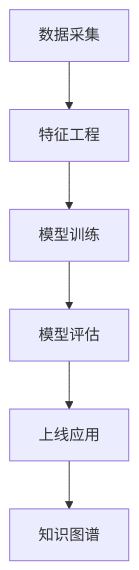
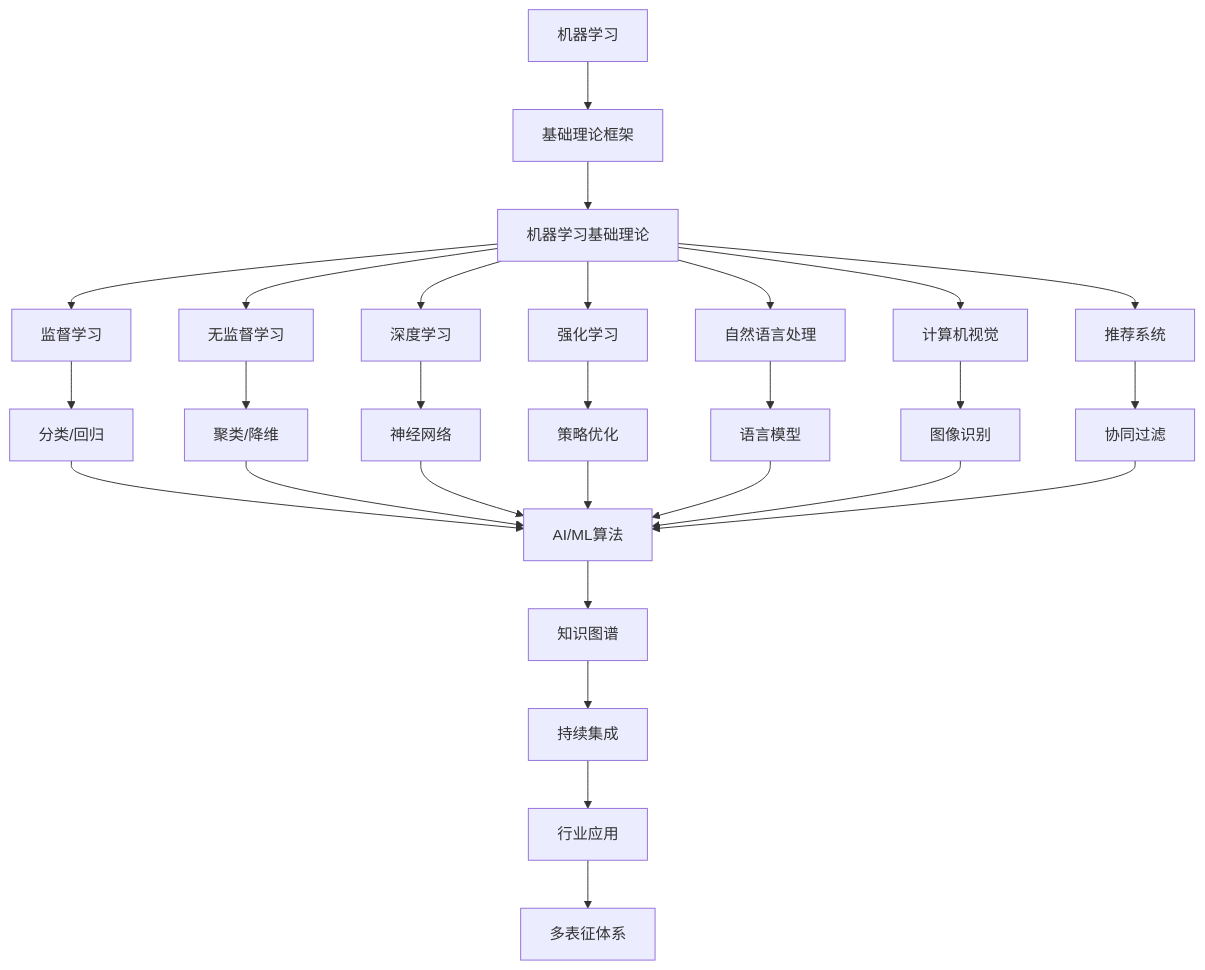
Before and after one commit to AdaMartin18010/Data-Science: the diagram in Analysis/5-行业应用与场景/5.3-机器学习/README.md, drawn with Mermaid. The commit also changed other lines of this file and 27 other files, not shown here.

````diff
--- a/Analysis/5-行业应用与场景/5.3-机器学习/README.md
+++ b/Analysis/5-行业应用与场景/5.3-机器学习/README.md
@@ -21,8 +21,24 @@
 ```mermaid
 flowchart TD
-  A[数据采集] --> B[特征工程]
-  B --> C[模型训练]
-  C --> D[模型评估]
-  D --> E[上线应用]
-  E --> K[知识图谱]
+  A[机器学习] --> B[基础理论框架]
+  B --> C[机器学习基础理论]
+  C --> D[监督学习]
+  C --> E[无监督学习]
+  C --> F[深度学习]
+  C --> G[强化学习]
+  C --> H[自然语言处理]
+  C --> I[计算机视觉]
+  C --> J[推荐系统]
+  D --> K[分类/回归]
+  E --> L[聚类/降维]
+  F --> M[神经网络]
+  G --> N[策略优化]
+  H --> O[语言模型]
+  I --> P[图像识别]
+  J --> Q[协同过滤]
+  K & L & M & N & O & P & Q --> R[AI/ML算法]
+  R --> S[知识图谱]
+  S --> T[持续集成]
+  T --> U[行业应用]
+  U --> V[多表征体系]
 ```
````
